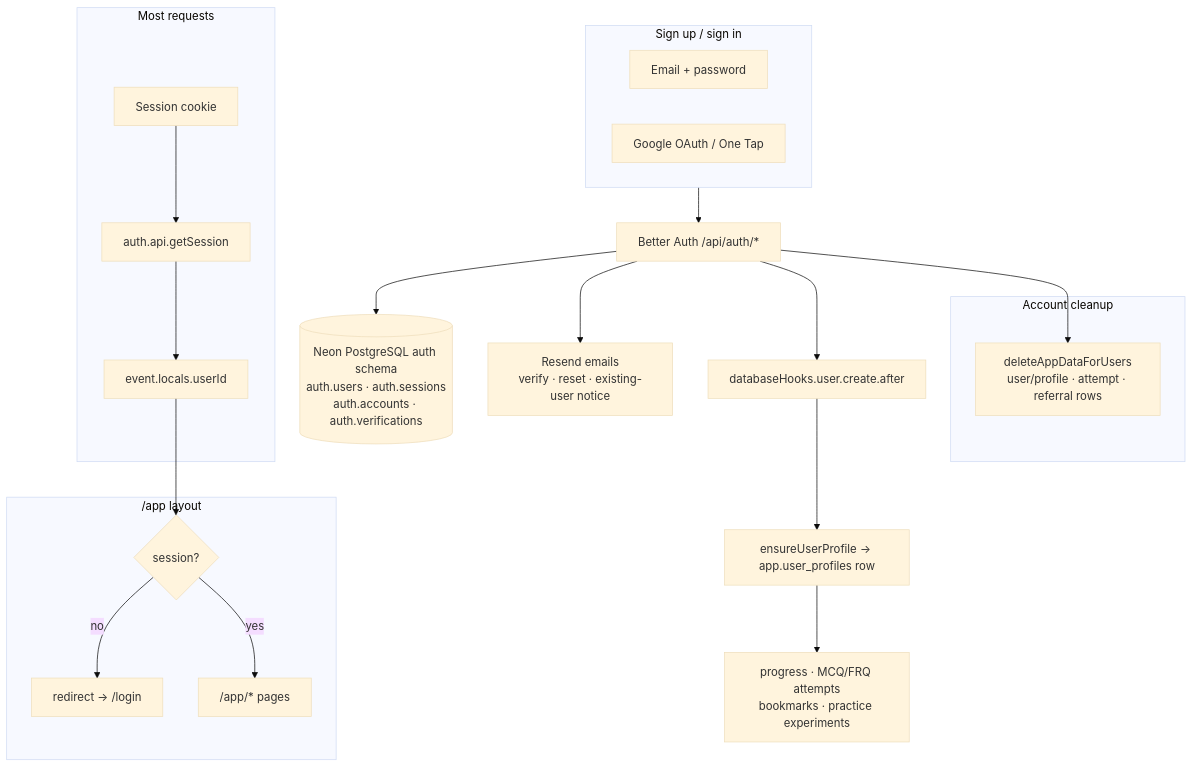
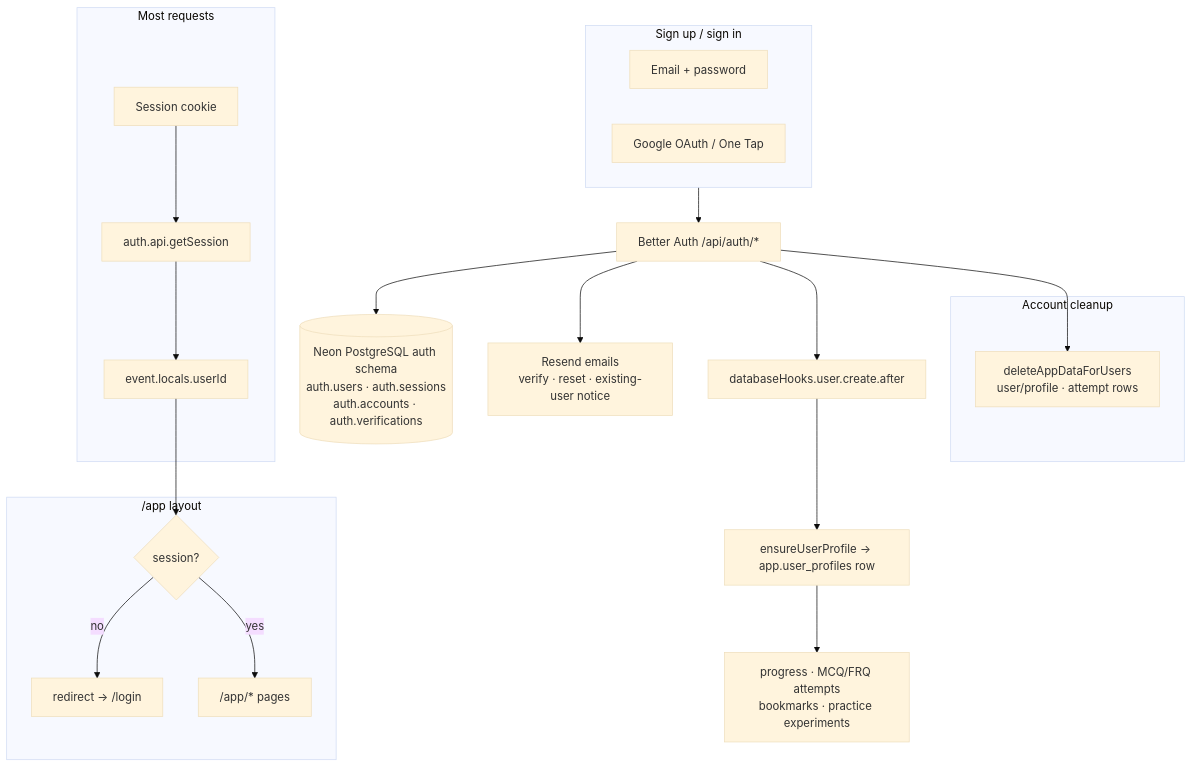
One commit to 5cisummai/freeappractice changed the fifth of 7 diagrams in docs/architecture.md. Above: the diagram before and after it, drawn with Mermaid (base theme). The commit also changed other lines of this file and 24 other files, not shown here.

````diff
--- a/docs/architecture.md
+++ b/docs/architecture.md
@@ -229,32 +226,32 @@
 ```mermaid
 flowchart TD
     subgraph SignUp["Sign up / sign in"]
         Email["Email + password"]
         Google["Google OAuth / One Tap"]
     end
 
     SignUp --> BA["Better Auth /api/auth/*"]
     BA --> AuthDB[("Neon PostgreSQL auth schema<br/>auth.users · auth.sessions<br/>auth.accounts · auth.verifications")]
     BA --> EmailSend["Resend emails<br/>verify · reset · existing-user notice"]
     BA --> Hook["databaseHooks.user.create.after"]
     Hook --> Profile["ensureUserProfile → app.user_profiles row"]
 
     subgraph Session["Most requests"]
         Cookie["Session cookie"]
         Cookie --> GetSession["auth.api.getSession"]
         GetSession --> Locals["event.locals.userId"]
     end
 
     subgraph AppGuard["/app layout"]
         Locals --> Check{session?}
         Check -->|no| Redirect["redirect → /login"]
         Check -->|yes| AppPages["/app/* pages"]
     end
 
     subgraph Delete["Account cleanup"]
-        Del["deleteAppDataForUsers<br/>user/profile · attempt · referral rows"]
+        Del["deleteAppDataForUsers<br/>user/profile · attempt rows"]
     end
 
     Profile --> UserData["progress · MCQ/FRQ attempts<br/>bookmarks · practice experiments"]
     BA --> Del
 ```
````
